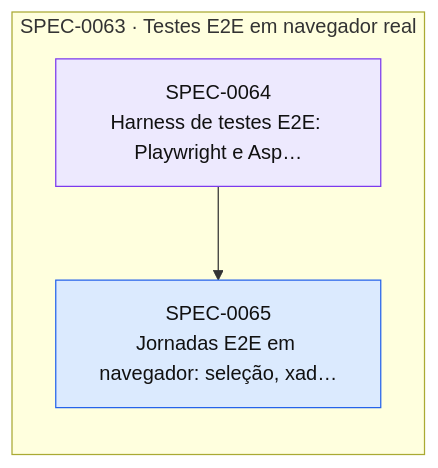
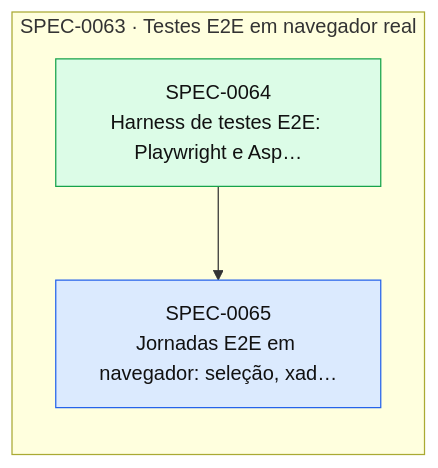
The diagram in docs/specs/INDEX.md (thomasravache/xo-arena), drawn with Mermaid before and after one commit. The commit also changed other lines of this file and 2 other files, not shown here.

Commit message:
docs(specs): [no-spec] fechar SPEC-0064 (relatório de entrega e CHANGELOG)

````diff
--- a/docs/specs/INDEX.md
+++ b/docs/specs/INDEX.md
@@ -39,13 +38,13 @@
 ```mermaid
 flowchart LR
   subgraph E0063["SPEC-0063 · Testes E2E em navegador real"]
-    S0064["SPEC-0064<br/>Harness de testes E2E: Playwright e Asp…"]:::inprogress
+    S0064["SPEC-0064<br/>Harness de testes E2E: Playwright e Asp…"]:::implemented
     S0065["SPEC-0065<br/>Jornadas E2E em navegador: seleção, xad…"]:::approved
   end
   S0064 --> S0065
   classDef proposed fill:#fef3c7,stroke:#d97706,color:#111
   classDef approved fill:#dbeafe,stroke:#2563eb,color:#111
   classDef inprogress fill:#ede9fe,stroke:#7c3aed,color:#111
   classDef implemented fill:#dcfce7,stroke:#16a34a,color:#111
   classDef deprecated fill:#f3f4f6,stroke:#9ca3af,color:#6b7280
 ```
````
